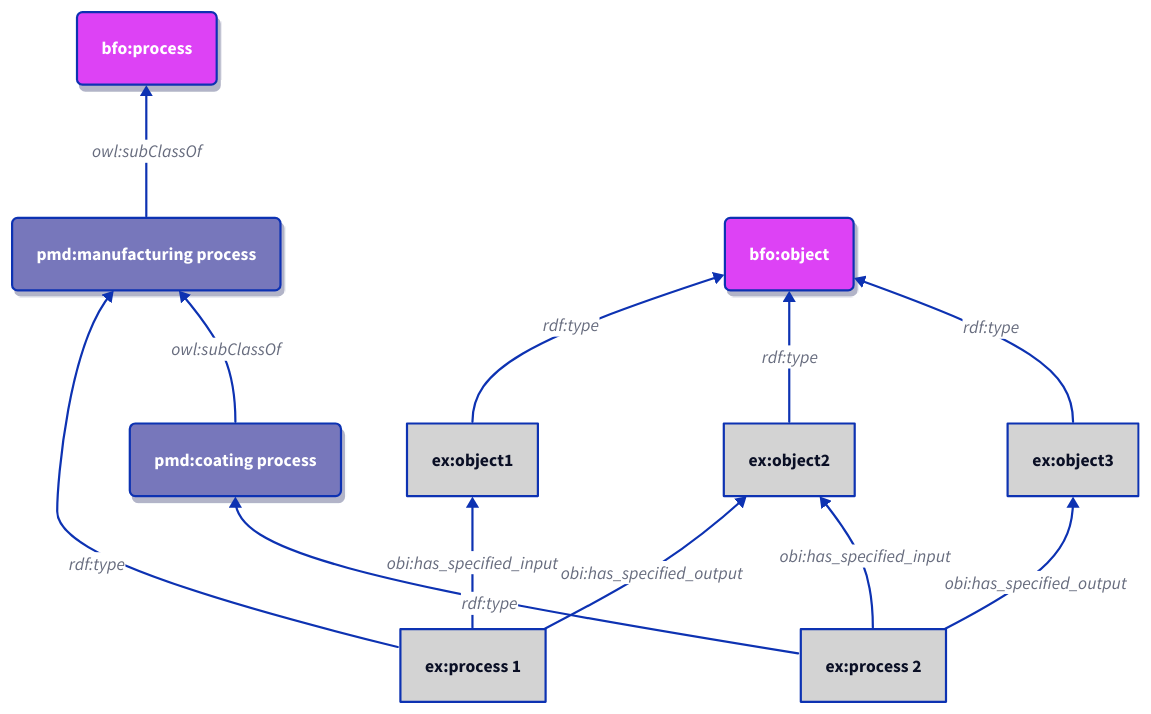
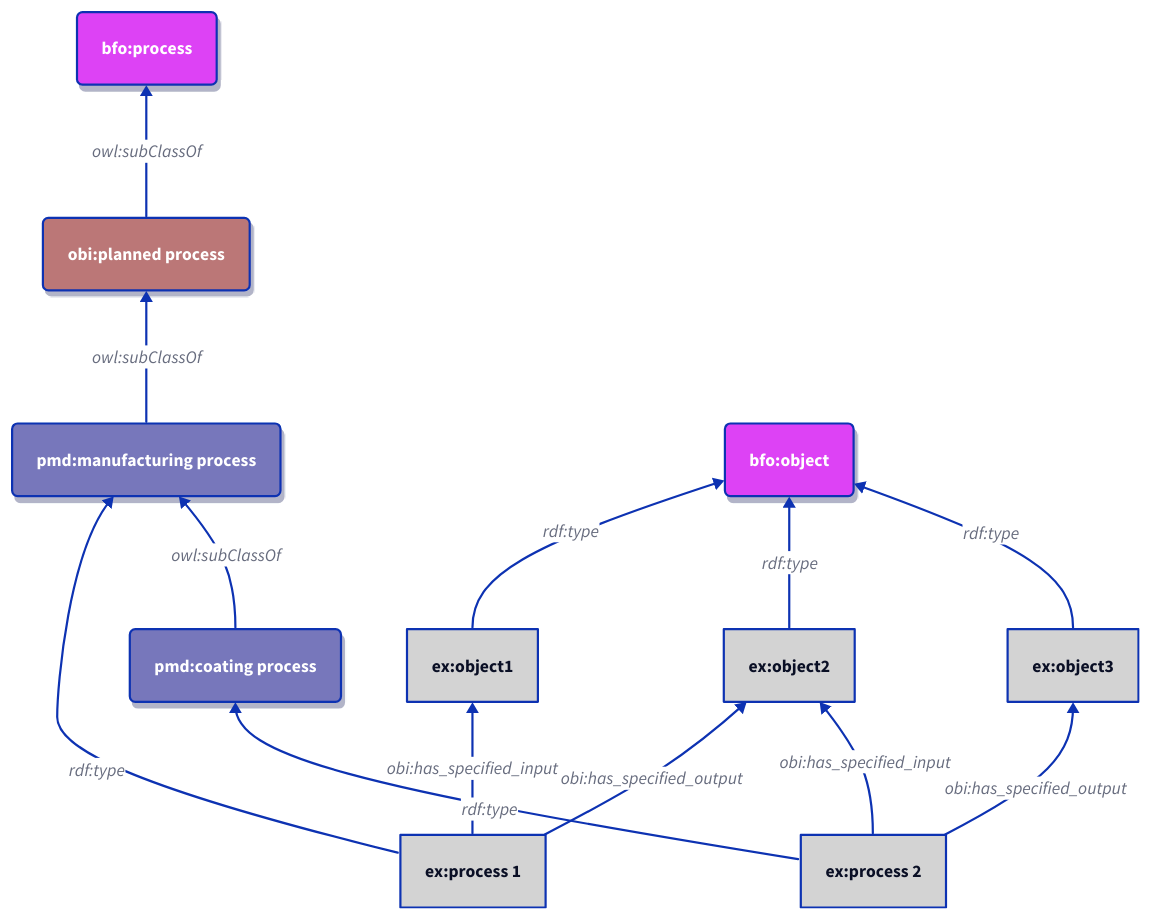
The third of 3 diagrams in docs/patterns.md (materialdigital/core-ontology), drawn with D2 before and after one commit. The commit also changed other lines of this file, not shown here.

````diff
--- a/docs/patterns.md
+++ b/docs/patterns.md
@@ -256,45 +257,56 @@
 ```d2
 direction: up
 
 classes: {
   bfoclazz: {
     style: {
       fill: "#dd42f5"
       shadow: true
       border-radius: 5
       font-color: white
     }
   }
   pmdclazz: {
     style: {
       fill: "#7777BB"
       shadow: true
       border-radius: 5
       font-color: white
     }
   }
+  obiclazz: {
+    style: {
+      fill: "#BB7777"
+      shadow: true
+      border-radius: 5
+      font-color: white
+    }
+  }
   individual: {
     style: {
       fill: "lightgrey"
     }
   }
 }
 bfo*.class: bfoclazz
 pmd*.class: pmdclazz
+obi*.class: obiclazz
 ex*.class: individual
 
 "ex:process 1" -> "ex:object1": "obi:has_specified_input"
 "ex:process 1" -> "ex:object2": "obi:has_specified_output"
 "ex:process 2" -> "ex:object2": "obi:has_specified_input"
 "ex:process 2" -> "ex:object3": "obi:has_specified_output"
 
 "ex:process 1" -> "pmd:manufacturing process": "rdf:type"
 "ex:process 2" -> "pmd:coating process": "rdf:type"
-"pmd:manufacturing process" -> "bfo:process": "owl:subClassOf"
+"obi:planned process" -> "bfo:process": "owl:subClassOf"
 "pmd:coating process" -> "pmd:manufacturing process": "owl:subClassOf"
+
+"pmd:manufacturing process" -> "obi:planned process": "owl:subClassOf"
 
 "ex:object1" -> "bfo:object": "rdf:type"
 "ex:object2" -> "bfo:object": "rdf:type"
 "ex:object3" -> "bfo:object": "rdf:type"
 
 ```
````
